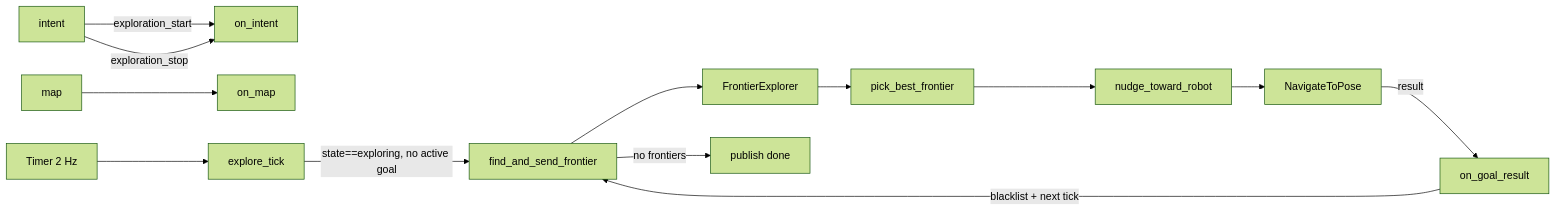
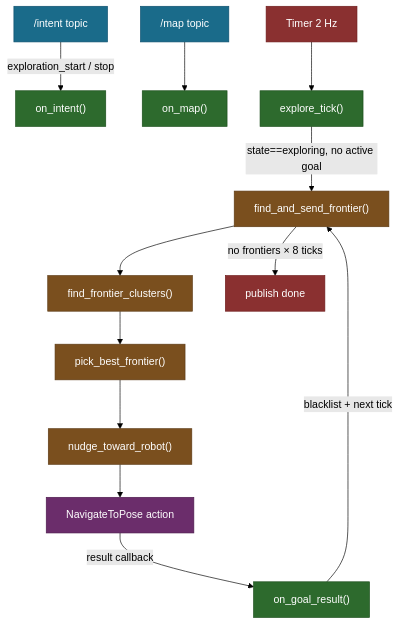
One commit to Boston-Robot-Hackers/dome_nav changed the first of 2 diagrams in 01-literate/07-explore_manager_node.md. Above: the diagram before and after it, drawn with Mermaid (forest theme). The commit also changed other lines of this file and 9 other files, not shown here.

````diff
--- a/01-literate/07-explore_manager_node.md
+++ b/01-literate/07-explore_manager_node.md
@@ -17,15 +17,40 @@
 ```mermaid
-flowchart LR
-    A[intent] -->|exploration_start| B[on_intent]
-    A -->|exploration_stop| B
-    C[map] --> D[on_map]
-    E[Timer 2 Hz] --> F[explore_tick]
-    F -->|state==exploring, no active goal| G[find_and_send_frontier]
-    G --> H[FrontierExplorer]
-    H --> I[pick_best_frontier]
-    I --> J[nudge_toward_robot]
-    J --> K[NavigateToPose]
-    K -->|result| L[on_goal_result]
-    L -->|blacklist + next tick| G
-    G -->|no frontiers| M[publish done]
+flowchart TD
+    A["/intent topic"]
+    B["on_intent()"]
+    C["/map topic"]
+    D["on_map()"]
+    E["Timer 2 Hz"]
+    F["explore_tick()"]
+    G["find_and_send_frontier()"]
+    H["find_frontier_clusters()"]
+    I["pick_best_frontier()"]
+    J["nudge_toward_robot()"]
+    K["NavigateToPose action"]
+    L["on_goal_result()"]
+    M["publish done"]
+
+    A -->|"exploration_start / stop"| B
+    C --> D
+    E --> F
+    F -->|"state==exploring, no active goal"| G
+    G --> H
+    H --> I
+    I --> J
+    J --> K
+    K -->|"result callback"| L
+    L -->|"blacklist + next tick"| G
+    G -->|"no frontiers × 8 ticks"| M
+
+    classDef topic fill:#1a6b8a,stroke:#0d4f6e,color:#ffffff
+    classDef callback fill:#2d6a2d,stroke:#1a4d1a,color:#ffffff
+    classDef logic fill:#7a4f1e,stroke:#5c3a14,color:#ffffff
+    classDef nav fill:#6b2d6b,stroke:#4d1a4d,color:#ffffff
+    classDef terminal fill:#8a3030,stroke:#6e1a1a,color:#ffffff
+
+    class A,C topic
+    class B,D,F,L callback
+    class G,H,I,J logic
+    class K nav
+    class E,M terminal
 ```
````
